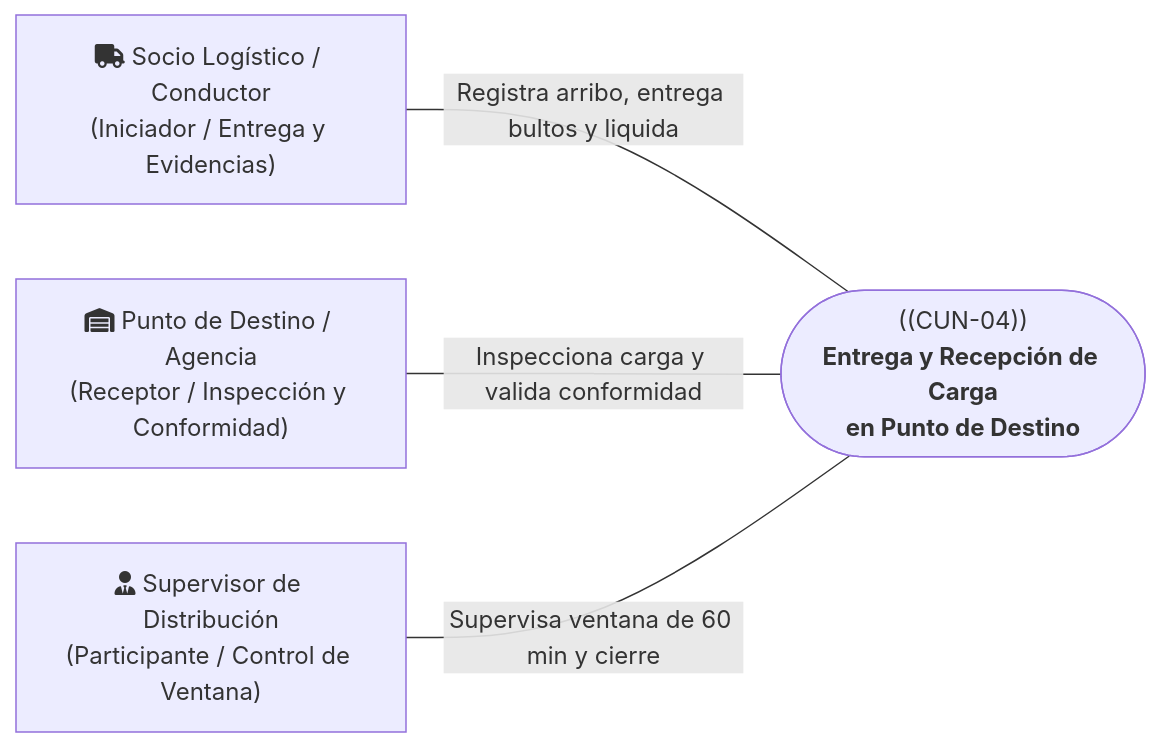
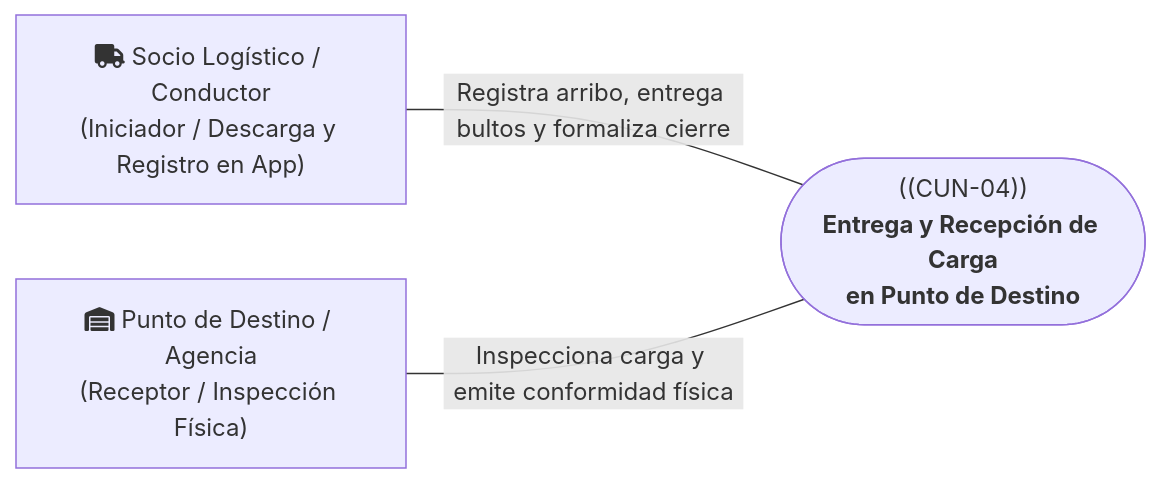
Before and after one commit to SaraviaH/arq-emp: the first of 2 diagrams in Diagrama de Casos de Uso del Negocio (CUN)/05_CUN_04_ENTREGA_Y_RECEPCION_DESTINO.md, drawn with Mermaid. The commit also changed other lines of this file and 49 other files, not shown here.

````diff
--- a/Diagrama de Casos de Uso del Negocio (CUN)/05_CUN_04_ENTREGA_Y_RECEPCION_DESTINO.md
+++ b/Diagrama de Casos de Uso del Negocio (CUN)/05_CUN_04_ENTREGA_Y_RECEPCION_DESTINO.md
@@ -30,11 +30,9 @@
 ```mermaid
 flowchart LR
-    SL["fa:fa-truck Socio Logístico / Conductor<br/>(Iniciador / Entrega y Evidencias)"]
-    PD["fa:fa-warehouse Punto de Destino / Agencia<br/>(Receptor / Inspección y Conformidad)"]
-    SUP["fa:fa-user-tie Supervisor de Distribución<br/>(Participante / Control de Ventana)"]
+    SL["fa:fa-truck Socio Logístico / Conductor<br/>(Iniciador / Descarga y Registro en App)"]
+    PD["fa:fa-warehouse Punto de Destino / Agencia<br/>(Receptor / Inspección Física)"]
     CUN04(["((CUN-04))<br/><b>Entrega y Recepción de Carga<br/>en Punto de Destino</b>"])
 
-    SL ---|Registra arribo, entrega bultos y liquida| CUN04
-    PD ---|Inspecciona carga y valida conformidad| CUN04
-    SUP ---|Supervisa ventana de 60 min y cierre| CUN04
+    SL ---|Registra arribo, entrega bultos y formaliza cierre| CUN04
+    PD ---|Inspecciona carga y emite conformidad física| CUN04
 ```
````
